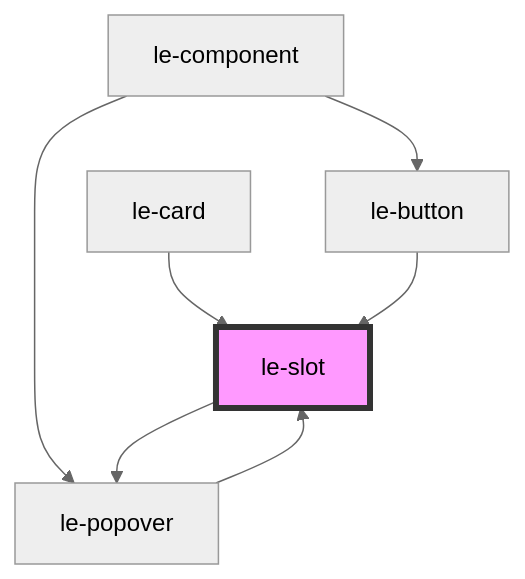
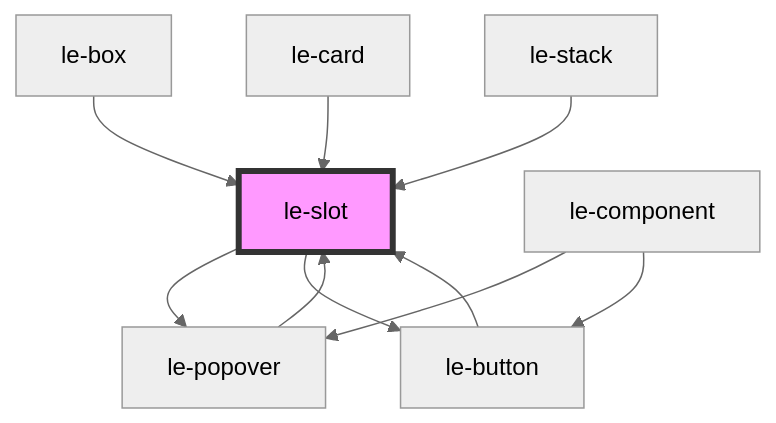
One commit to leechy/le-kit changed the diagram in src/components/le-slot/readme.md. Above: the diagram before and after it, drawn with Mermaid (neutral theme). The commit also changed other lines of this file and 17 other files, not shown here.

First line of the commit message:
feat(le-stack, le-box): add flexbox layout components

````diff
--- a/src/components/le-slot/readme.md
+++ b/src/components/le-slot/readme.md
@@ -59,10 +62,13 @@
 ```mermaid
 graph TD;
   le-slot --> le-popover
+  le-slot --> le-button
   le-popover --> le-slot
+  le-button --> le-slot
   le-component --> le-popover
   le-component --> le-button
-  le-button --> le-slot
+  le-box --> le-slot
   le-card --> le-slot
+  le-stack --> le-slot
   style le-slot fill:#f9f,stroke:#333,stroke-width:4px
 ```
````
